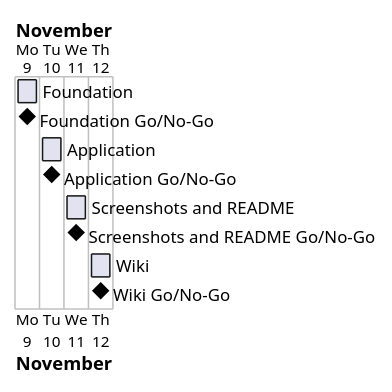
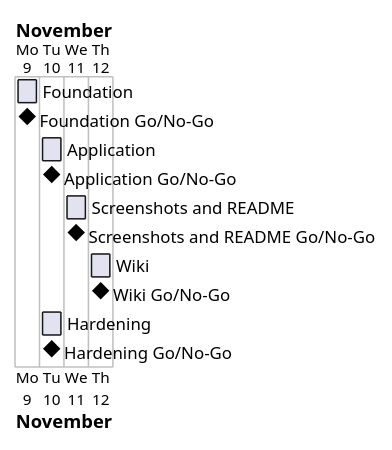
The diagram in docs/project-plan.md (Tirsvad-Udemy-100-days-of-code/062-coffee-and-wifi), drawn with PlantUML before and after one commit. The commit also changed other lines of this file and 6 other files, not shown here.

````diff
--- a/docs/project-plan.md
+++ b/docs/project-plan.md
@@ -39,13 +40,15 @@
 ```plantuml
 @startgantt
 Project starts 2026-11-09
 [Foundation] starts 2026-11-09 and ends 2026-11-09
 [Foundation Go/No-Go] happens 2026-11-09
 [Application] starts 2026-11-10 and ends 2026-11-10
 [Application Go/No-Go] happens 2026-11-10
 [Screenshots and README] starts 2026-11-11 and ends 2026-11-11
 [Screenshots and README Go/No-Go] happens 2026-11-11
 [Wiki] starts 2026-11-12 and ends 2026-11-12
 [Wiki Go/No-Go] happens 2026-11-12
+[Hardening] starts 2026-11-10 and ends 2026-11-10
+[Hardening Go/No-Go] happens 2026-11-10
 @endgantt
 ```
````
